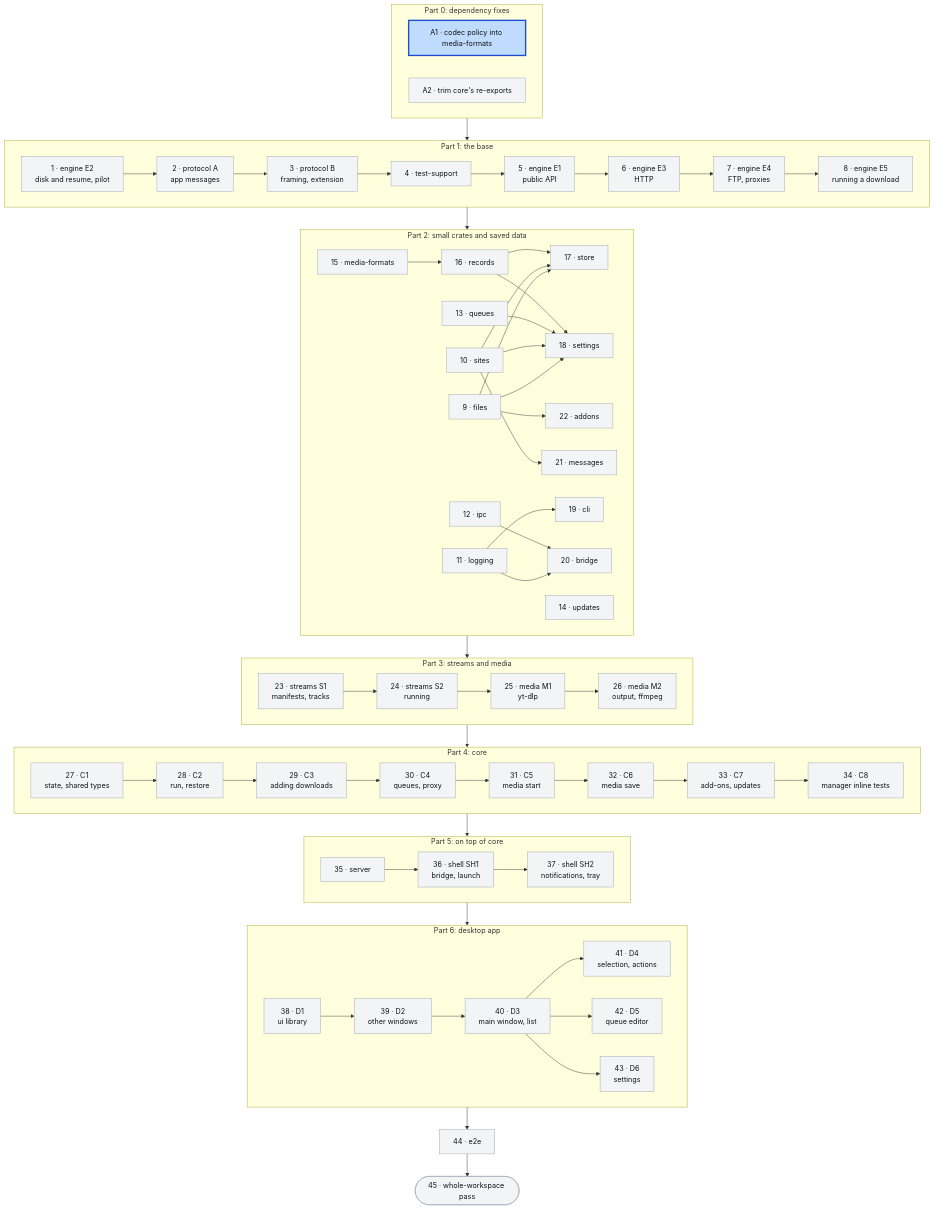
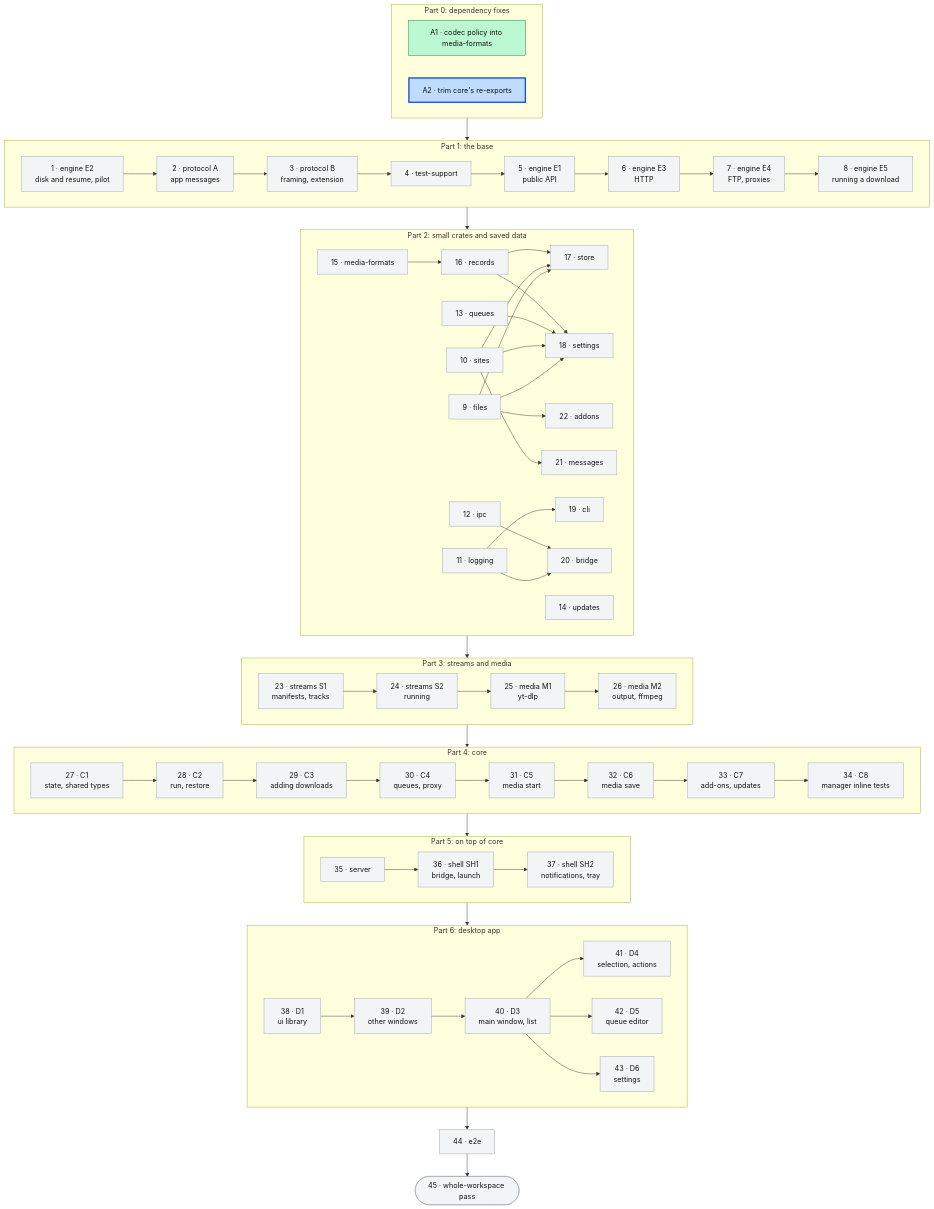
Before and after one commit to ehsan18t/wirecatch-oss-dm: the second of 2 diagrams in docs/audit/rust-audit-order.md, drawn with Mermaid. The commit also changed 27 other files, not shown here.

````diff
--- a/docs/audit/rust-audit-order.md
+++ b/docs/audit/rust-audit-order.md
@@ -143,73 +143,74 @@
 ```mermaid
 flowchart TB
     subgraph P0["Part 0: dependency fixes"]
         direction LR
         a1["A1 · codec policy into media-formats"]
         a2["A2 · trim core's re-exports"]
     end
 
     subgraph P1["Part 1: the base"]
         direction LR
         c1["1 · engine E2<br/>disk and resume, pilot"] --> c2["2 · protocol A<br/>app messages"] --> c3["3 · protocol B<br/>framing, extension"] --> c4["4 · test-support"] --> c5["5 · engine E1<br/>public API"] --> c6["6 · engine E3<br/>HTTP"] --> c7["7 · engine E4<br/>FTP, proxies"] --> c8["8 · engine E5<br/>running a download"]
     end
 
     subgraph P2["Part 2: small crates and saved data"]
         direction LR
         c9["9 · files"]
         c10["10 · sites"]
         c11["11 · logging"]
         c12["12 · ipc"]
         c13["13 · queues"]
         c14["14 · updates"]
         c15["15 · media-formats"]
         c16["16 · records"]
         c17["17 · store"]
         c18["18 · settings"]
         c19["19 · cli"]
         c20["20 · bridge"]
         c21["21 · messages"]
         c22["22 · addons"]
     end
 
     subgraph P3["Part 3: streams and media"]
         direction LR
         c23["23 · streams S1<br/>manifests, tracks"] --> c24["24 · streams S2<br/>running"] --> c25["25 · media M1<br/>yt-dlp"] --> c26["26 · media M2<br/>output, ffmpeg"]
     end
 
     subgraph P4["Part 4: core"]
         direction LR
         c27["27 · C1<br/>state, shared types"] --> c28["28 · C2<br/>run, restore"] --> c29["29 · C3<br/>adding downloads"] --> c30["30 · C4<br/>queues, proxy"] --> c31["31 · C5<br/>media start"] --> c32["32 · C6<br/>media save"] --> c33["33 · C7<br/>add-ons, updates"] --> c34["34 · C8<br/>manager inline tests"]
     end
 
     subgraph P5["Part 5: on top of core"]
         direction LR
         c35["35 · server"] --> c36["36 · shell SH1<br/>bridge, launch"] --> c37["37 · shell SH2<br/>notifications, tray"]
     end
 
     subgraph P6["Part 6: desktop app"]
         direction LR
         c38["38 · D1<br/>ui library"] --> c39["39 · D2<br/>other windows"] --> c40["40 · D3<br/>main window, list"]
         c40 --> c41["41 · D4<br/>selection, actions"]
         c40 --> c42["42 · D5<br/>queue editor"]
         c40 --> c43["43 · D6<br/>settings"]
     end
 
     c44["44 · e2e"]
     c45(["45 · whole-workspace pass"])
 
     c9 --> c17 & c18 & c22
     c10 --> c17 & c18 & c21
     c11 --> c19 & c20
     c12 --> c20
     c13 --> c18
     c15 --> c16
     c16 --> c17 & c18
 
     P0 --> P1 --> P2 --> P3 --> P4 --> P5 --> P6 --> c44 --> c45
 
     classDef done fill:#bbf7d0,stroke:#15803d,color:#111
     classDef now fill:#bfdbfe,stroke:#1d4ed8,stroke-width:3px,color:#111
     classDef todo fill:#f3f4f6,stroke:#9ca3af,color:#111
-    class a1 now
-    class a2,c1,c2,c3,c4,c5,c6,c7,c8,c9,c10,c11,c12,c13,c14,c15,c16,c17,c18,c19,c20,c21,c22,c23,c24,c25,c26,c27,c28,c29,c30,c31,c32,c33,c34,c35,c36,c37,c38,c39,c40,c41,c42,c43,c44,c45 todo
+    class a1 done
+    class a2 now
+    class c1,c2,c3,c4,c5,c6,c7,c8,c9,c10,c11,c12,c13,c14,c15,c16,c17,c18,c19,c20,c21,c22,c23,c24,c25,c26,c27,c28,c29,c30,c31,c32,c33,c34,c35,c36,c37,c38,c39,c40,c41,c42,c43,c44,c45 todo
 ```
````
